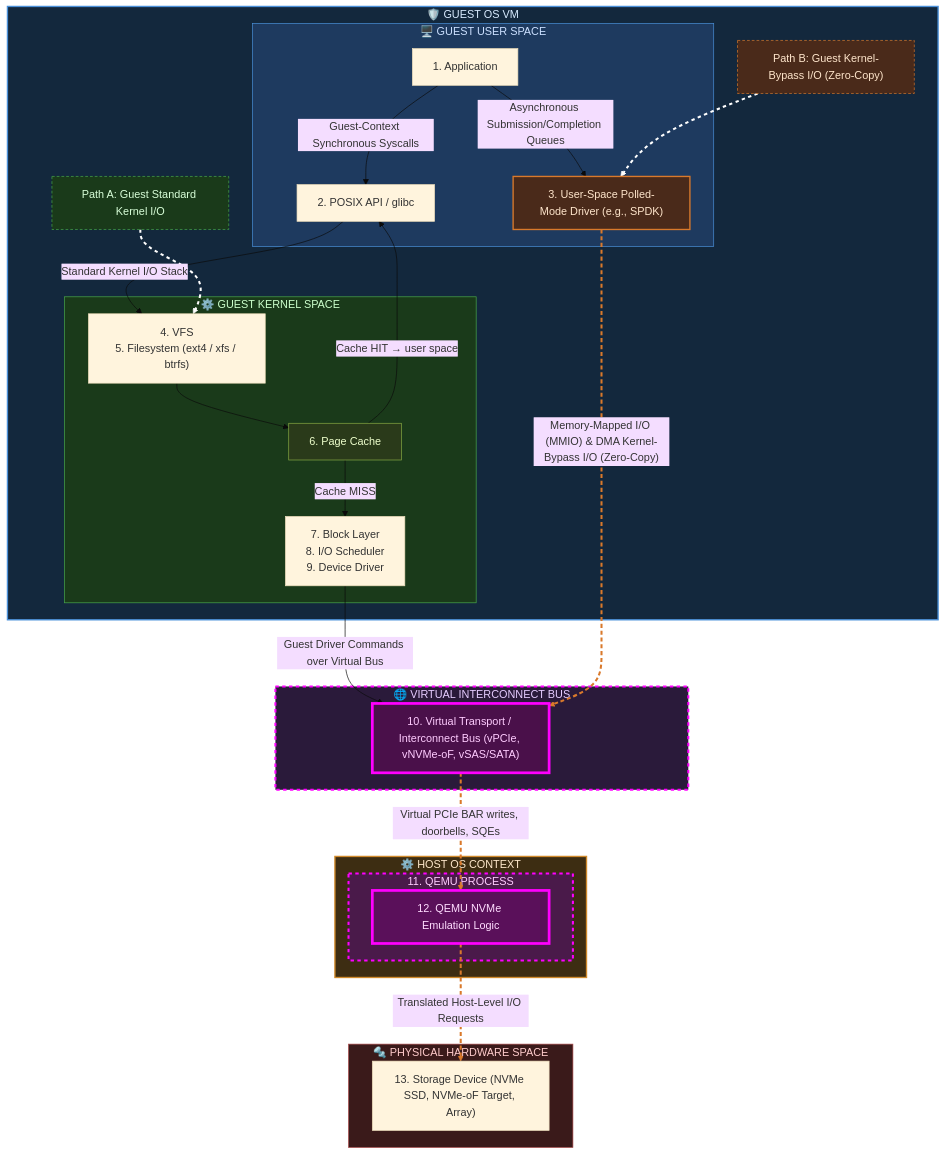
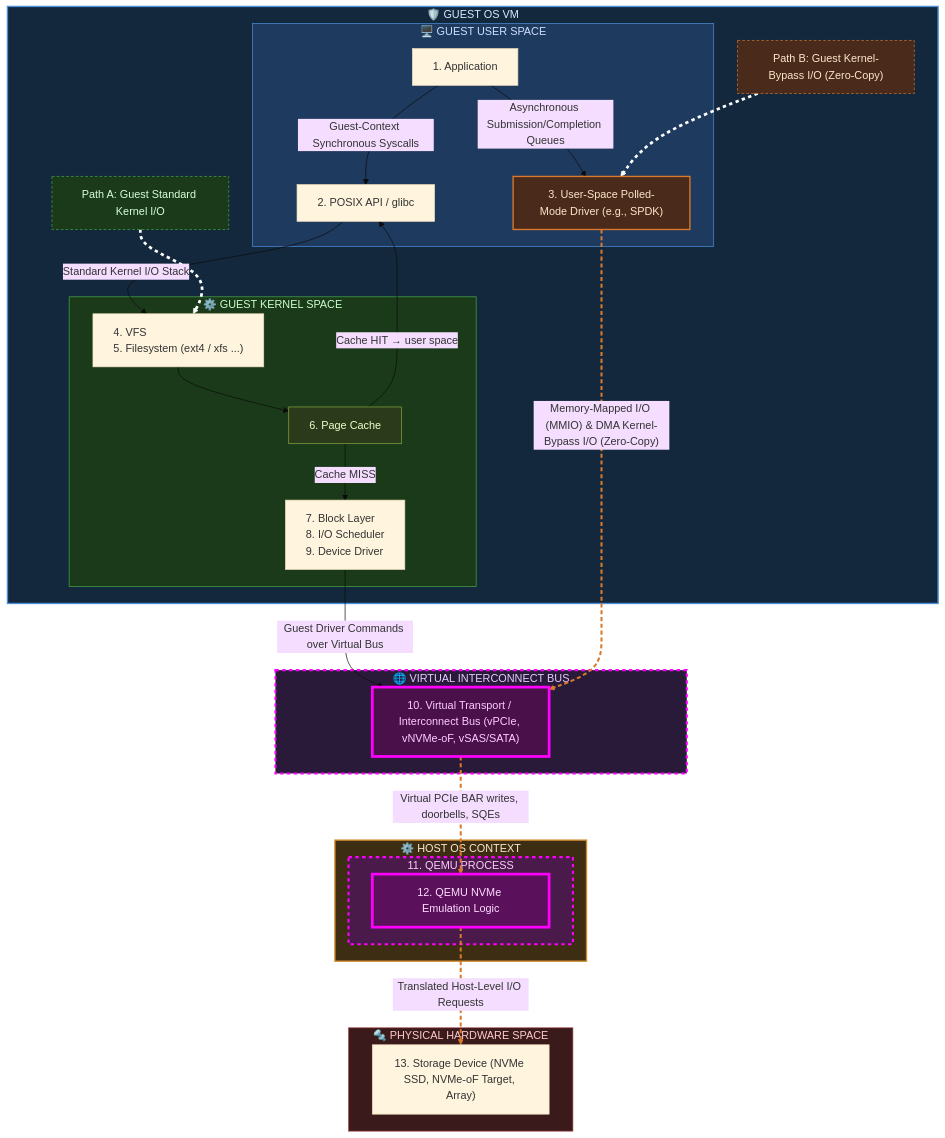
Before and after one commit to SiliconLanguage/dataplane-emu: the diagram in docs/arch/qemu-nvme-storage-stack.md, drawn with Mermaid (base theme).

Commit message:
docs(arch): left-align merged kernel node labels in Mermaid diagram

````diff
--- a/docs/arch/qemu-nvme-storage-stack.md
+++ b/docs/arch/qemu-nvme-storage-stack.md
@@ -5,67 +5,67 @@
 ```mermaid
 flowchart TD
     subgraph GUEST["🛡️ GUEST OS VM"]
         subgraph USER["🖥️ GUEST USER SPACE"]
             A["1. Application"]
             B["2. POSIX API / glibc"]
             J["3. User-Space Polled-Mode Driver (e.g., SPDK)"]
         end
 
         subgraph KERNEL["⚙️ GUEST KERNEL SPACE"]
-            C["4. VFS<br/>5. Filesystem (ext4 / xfs / btrfs)"]
+            C["<div style='text-align: left;'>4. VFS<br/>5. Filesystem (ext4 / xfs ...)</div>"]
             E["6. Page Cache"]
-            F["7. Block Layer<br/>8. I/O Scheduler<br/>9. Device Driver"]
+            F["<div style='text-align: left;'>7. Block Layer<br/>8. I/O Scheduler<br/>9. Device Driver</div>"]
         end
 
         P1["Path A: Guest Standard Kernel I/O"]
         P2["Path B: Guest Kernel-Bypass I/O (Zero-Copy)"]
     end
 
     subgraph VIRTUAL_HW["🌐 VIRTUAL INTERCONNECT BUS"]
         T["10. Virtual Transport / Interconnect Bus (vPCIe, vNVMe-oF, vSAS/SATA)"]
     end
 
     subgraph HOST["⚙️ HOST OS CONTEXT"]
         subgraph QEMU["11. QEMU PROCESS"]
             QN["12. QEMU NVMe Emulation Logic"]
         end
     end
 
     subgraph PHYSICAL_HW["🔩 PHYSICAL HARDWARE SPACE"]
         I["13. Storage Device (NVMe SSD, NVMe-oF Target, Array)"]
     end
 
     A -->|"Guest-Context Synchronous Syscalls"| B
     B -->|"Standard Kernel I/O Stack"| C
     C --> E
     E -->|"Cache HIT → user space"| B
     E -->|"Cache MISS"| F
     F -->|"Guest Driver Commands over Virtual Bus"| T
 
     A -->|"Asynchronous Submission/Completion Queues"| J
     J -->|"Memory-Mapped I/O (MMIO) & DMA Kernel-Bypass I/O (Zero-Copy)"| T
     T -->|"Virtual PCIe BAR writes, doorbells, SQEs"| QN
     QN -->|"Translated Host-Level I/O Requests"| I
 
     P1 -.-> C
     P2 -.-> J
 
     style GUEST fill:#13283d,color:#d8ebff,stroke:#4a90d9,stroke-width:2px
     style USER fill:#1e3a5f,color:#cce0ff,stroke:#4a90d9
     style KERNEL fill:#1a3a1a,color:#ccffcc,stroke:#4aaa4a
     style HOST fill:#3d2d12,color:#ffe9cc,stroke:#d08a2b,stroke-width:2px
     style QEMU fill:#4a1a4a,color:#ffccff,stroke:#ff00ff,stroke-width:3px,stroke-dasharray: 5 5
     style QN fill:#5a105a,color:#ffddff,stroke:#ff00ff,stroke-width:4px
     style VIRTUAL_HW fill:#2a1a3a,color:#e6ccff,stroke:#ff00ff,stroke-width:3px,stroke-dasharray: 5 5
     style PHYSICAL_HW fill:#3a1a1a,color:#ffcccc,stroke:#aa4a4a
     style E fill:#2a3a1a,color:#eeffcc,stroke:#88aa44
     style J fill:#4a2a1a,color:#ffe6cc,stroke:#d9792b,stroke-width:2px
     style T fill:#4a104a,color:#ffccff,stroke:#ff00ff,stroke-width:4px
     style P1 fill:#1a3a1a,color:#d9ffd9,stroke:#4aaa4a,stroke-dasharray: 4 3
     style P2 fill:#4a2a1a,color:#ffe6cc,stroke:#d9792b,stroke-dasharray: 4 3
     linkStyle 7 stroke:#d9792b,stroke-width:3px,stroke-dasharray: 6 4
     linkStyle 8 stroke:#d9792b,stroke-width:3px,stroke-dasharray: 6 4
     linkStyle 9 stroke:#d9792b,stroke-width:3px,stroke-dasharray: 6 4
-    linkStyle 10 stroke:#ffffff,stroke-width:3px,stroke-dasharray: 5 5
-    linkStyle 11 stroke:#ffffff,stroke-width:3px,stroke-dasharray: 5 5
+    linkStyle 10 stroke:#ffffff,stroke-width:4px,stroke-dasharray: 5 5
+    linkStyle 11 stroke:#ffffff,stroke-width:4px,stroke-dasharray: 5 5
 ```
````
